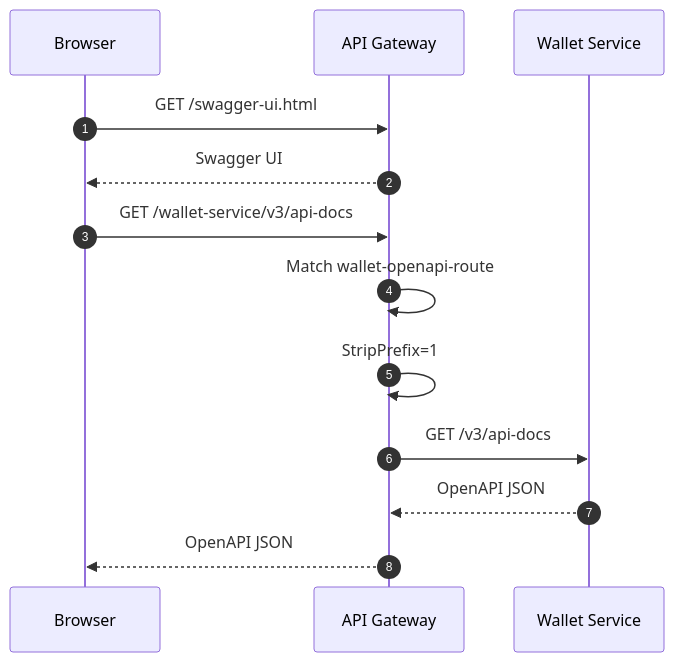
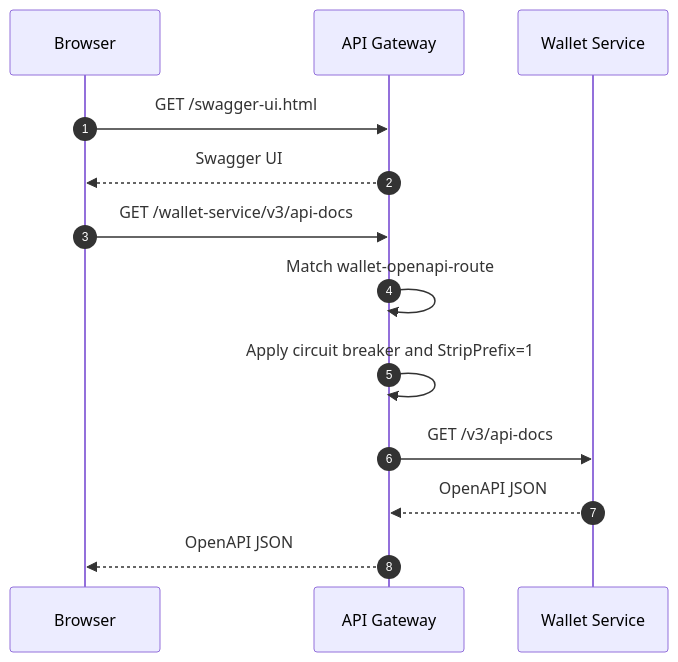
Before and after one commit to abhi01-01/APIgateway-walletService: diagram 11 of 15 in README.md, drawn with Mermaid. The commit also changed other lines of this file and 9 other files, not shown here.

````diff
--- a/README.md
+++ b/README.md
@@ -769,16 +833,16 @@
 ```mermaid
 sequenceDiagram
     autonumber
     participant B as Browser
     participant G as API Gateway
     participant W as Wallet Service
 
     B->>G: GET /swagger-ui.html
     G-->>B: Swagger UI
     B->>G: GET /wallet-service/v3/api-docs
     G->>G: Match wallet-openapi-route
-    G->>G: StripPrefix=1
+    G->>G: Apply circuit breaker and StripPrefix=1
     G->>W: GET /v3/api-docs
     W-->>G: OpenAPI JSON
     G-->>B: OpenAPI JSON
 ```
````
